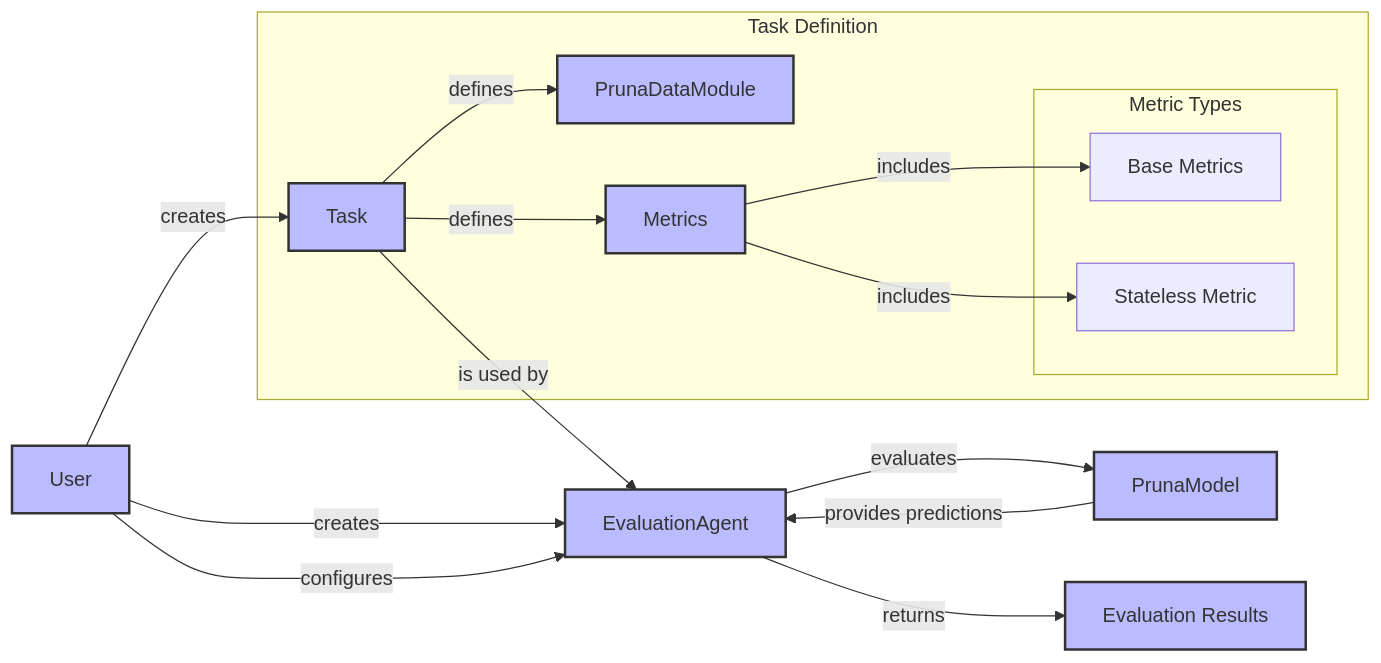
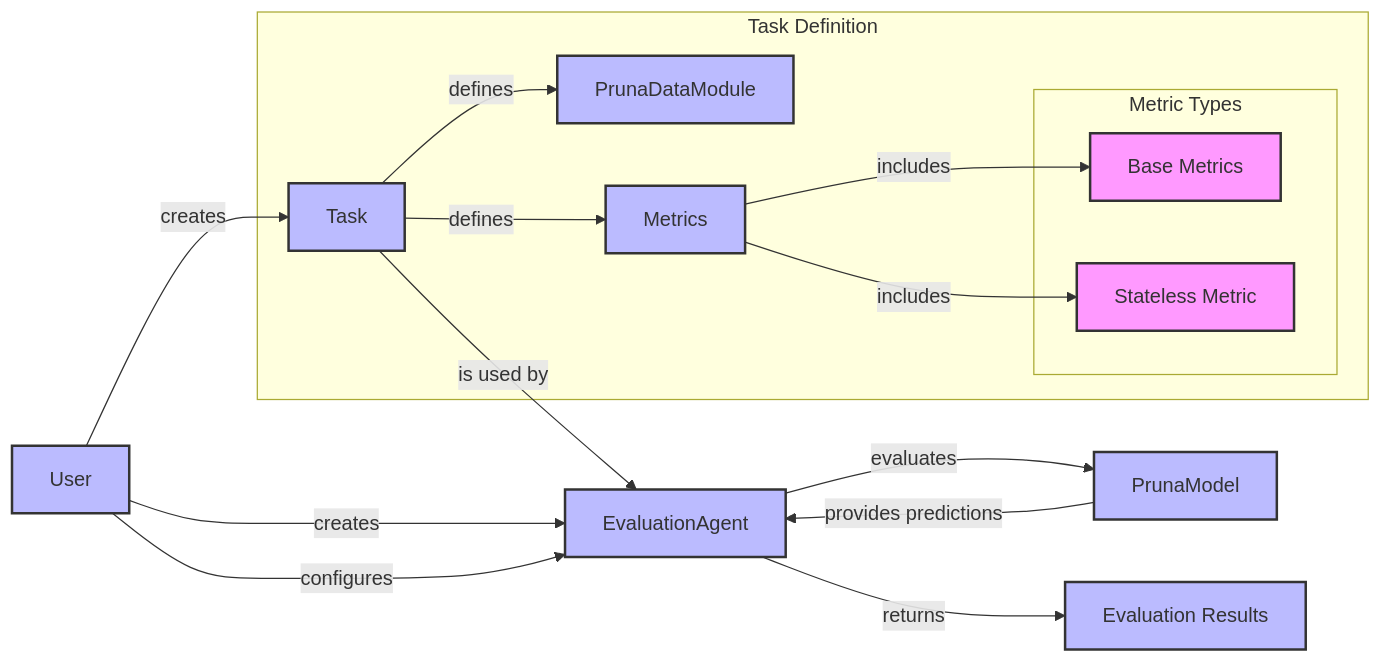
The diagram in docs/user_manual/evaluate.rst (PrunaAI/pruna), drawn with Mermaid before and after one commit.

Commit message:
docs: enhance evaluation workflow diagram in user manual
- Added new styles for components B and C in the evaluation workflow diagram for better visual distinction.
- Improved overall clarity of the diagram to aid user understanding of the evaluation process.

```diff
--- a/docs/user_manual/evaluate.rst
+++ b/docs/user_manual/evaluate.rst
@@ -16,35 +16,37 @@
 .. mermaid::
    :align: center
 
    graph LR
     User -->|creates| Task
     User -->|creates| EvaluationAgent
     Task -->|defines| PrunaDataModule
     Task -->|defines| Metrics
     Task -->|is used by| EvaluationAgent
     Metrics -->|includes| B["Base Metrics"]
     Metrics -->|includes| C["Stateless Metric"]
     PrunaModel -->|provides predictions| EvaluationAgent
     EvaluationAgent -->|evaluates| PrunaModel
     EvaluationAgent -->|returns| D["Evaluation Results"]
     User -->|configures| EvaluationAgent
 
     subgraph A["Metric Types"]
         B
         C
     end
 
     subgraph E["Task Definition"]
         Task
         PrunaDataModule
         Metrics
         A
     end
 
     style User fill:#bbf,stroke:#333,stroke-width:2px
     style Task fill:#bbf,stroke:#333,stroke-width:2px
     style EvaluationAgent fill:#bbf,stroke:#333,stroke-width:2px
     style PrunaDataModule fill:#bbf,stroke:#333,stroke-width:2px
     style PrunaModel fill:#bbf,stroke:#333,stroke-width:2px
     style D fill:#bbf,stroke:#333,stroke-width:2px
     style Metrics fill:#bbf,stroke:#333,stroke-width:2px
+    style B fill:#f9f,stroke:#333,stroke-width:2px
+    style C fill:#f9f,stroke:#333,stroke-width:2px
```
